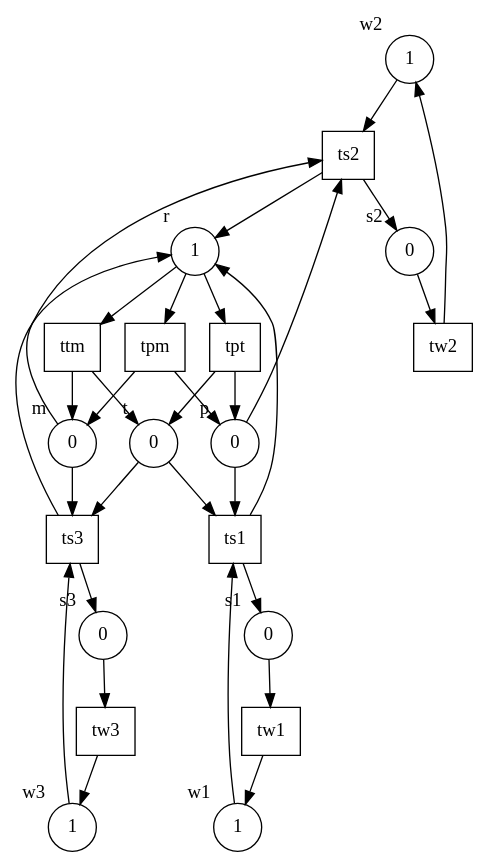
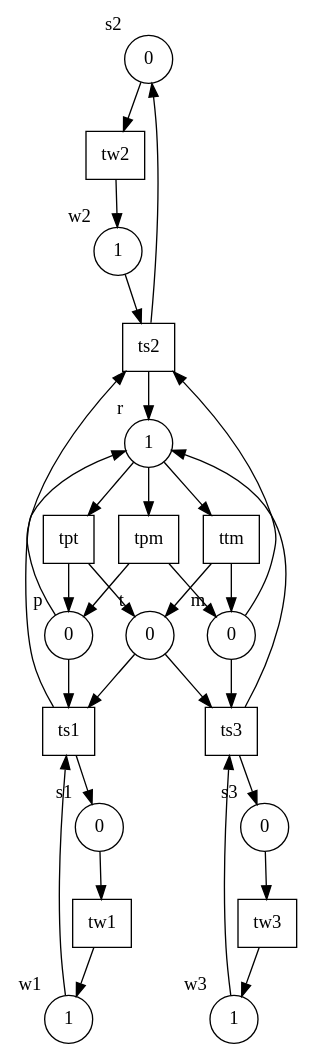
The diagram in tp-02/Smokers/pn.dot (sardinhapatrick/outils-formels-modelisation), drawn with Graphviz before and after one commit. The commit also changed other lines of this file and 3 other files, not shown here.

```diff
--- a/tp-02/Smokers/pn.dot
+++ b/tp-02/Smokers/pn.dot
@@ -1,57 +1,57 @@
 digraph G {
 subgraph place {
 node [shape=circle, width=.5];
+"s2" [label="0", xlabel="s2"];
+"r" [label="1", xlabel="r"];
+"t" [label="0", xlabel="t"];
+"s1" [label="0", xlabel="s1"];
+"w3" [label="1", xlabel="w3"];
+"w1" [label="1", xlabel="w1"];
+"p" [label="0", xlabel="p"];
 "w2" [label="1", xlabel="w2"];
-"r" [label="1", xlabel="r"];
-"s1" [label="0", xlabel="s1"];
-"t" [label="0", xlabel="t"];
-"s2" [label="0", xlabel="s2"];
-"w1" [label="1", xlabel="w1"];
 "s3" [label="0", xlabel="s3"];
 "m" [label="0", xlabel="m"];
-"w3" [label="1", xlabel="w3"];
-"p" [label="0", xlabel="p"];
 }
 subgraph transitions {
 node [shape=rect, width=.5, height=.5];
+"ttm";
+"ts1";
 "tw3";
-"ts1";
+"tpm";
+"ts2";
+"tw1";
+"ts3";
 "tw2";
-"ttm";
-"ts2";
-"ts3";
-"tpm";
 "tpt";
-"tw1";
 }
-"s3" -> "tw3";
-"tw3" -> "w3";
+"r" -> "ttm";
+"ttm" -> "m";
+"ttm" -> "t";
+"t" -> "ts1";
 "w1" -> "ts1";
-"t" -> "ts1";
 "p" -> "ts1";
 "ts1" -> "r";
 "ts1" -> "s1";
-"s2" -> "tw2";
-"tw2" -> "w2";
-"r" -> "ttm";
-"ttm" -> "t";
-"ttm" -> "m";
+"s3" -> "tw3";
+"tw3" -> "w3";
+"r" -> "tpm";
+"tpm" -> "m";
+"tpm" -> "p";
 "m" -> "ts2";
 "w2" -> "ts2";
 "p" -> "ts2";
 "ts2" -> "r";
 "ts2" -> "s2";
+"s1" -> "tw1";
+"tw1" -> "w1";
+"m" -> "ts3";
 "w3" -> "ts3";
 "t" -> "ts3";
-"m" -> "ts3";
+"ts3" -> "s3";
 "ts3" -> "r";
-"ts3" -> "s3";
-"r" -> "tpm";
-"tpm" -> "m";
-"tpm" -> "p";
+"s2" -> "tw2";
+"tw2" -> "w2";
 "r" -> "tpt";
 "tpt" -> "t";
 "tpt" -> "p";
-"s1" -> "tw1";
-"tw1" -> "w1";
 }
```
